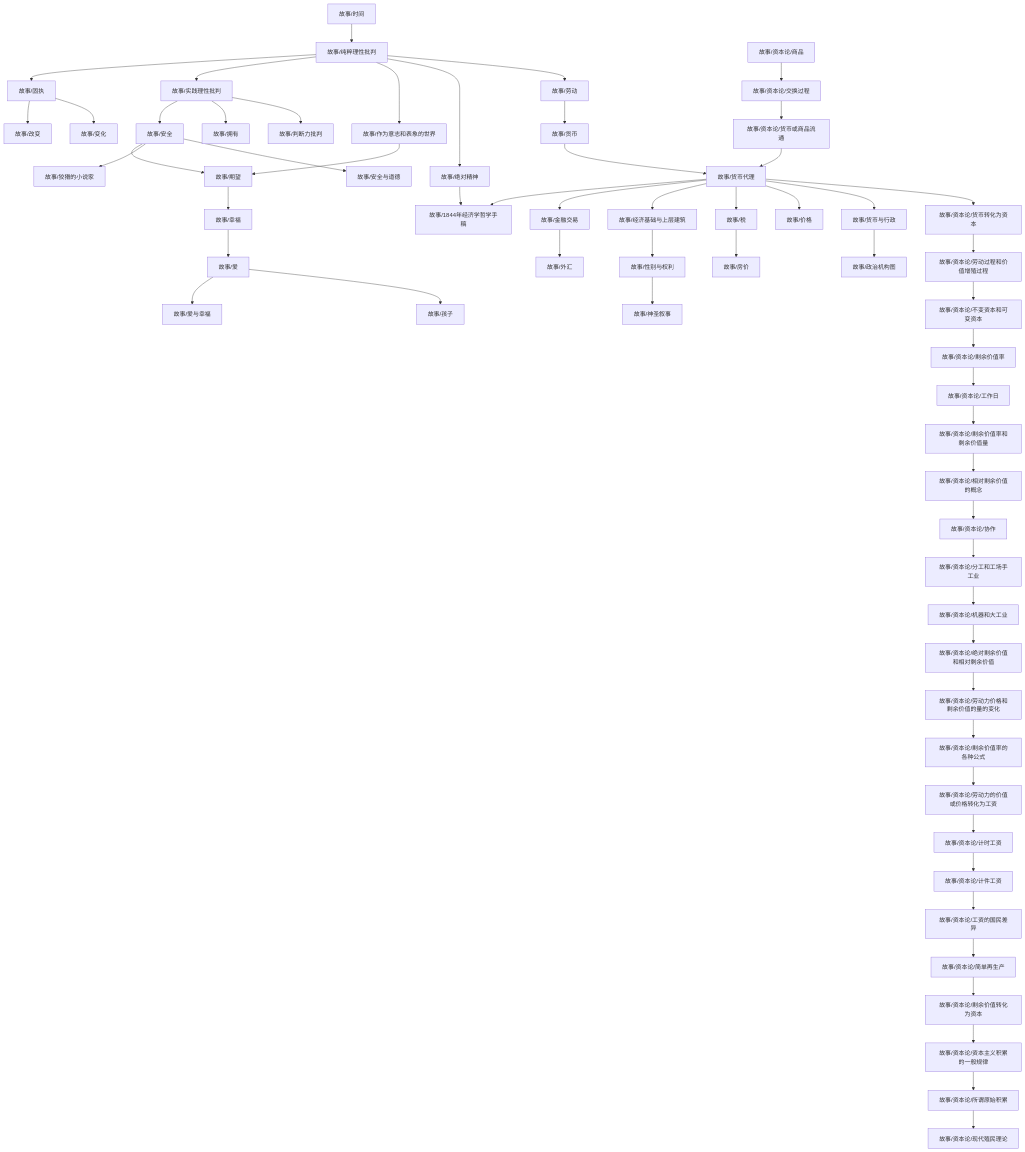
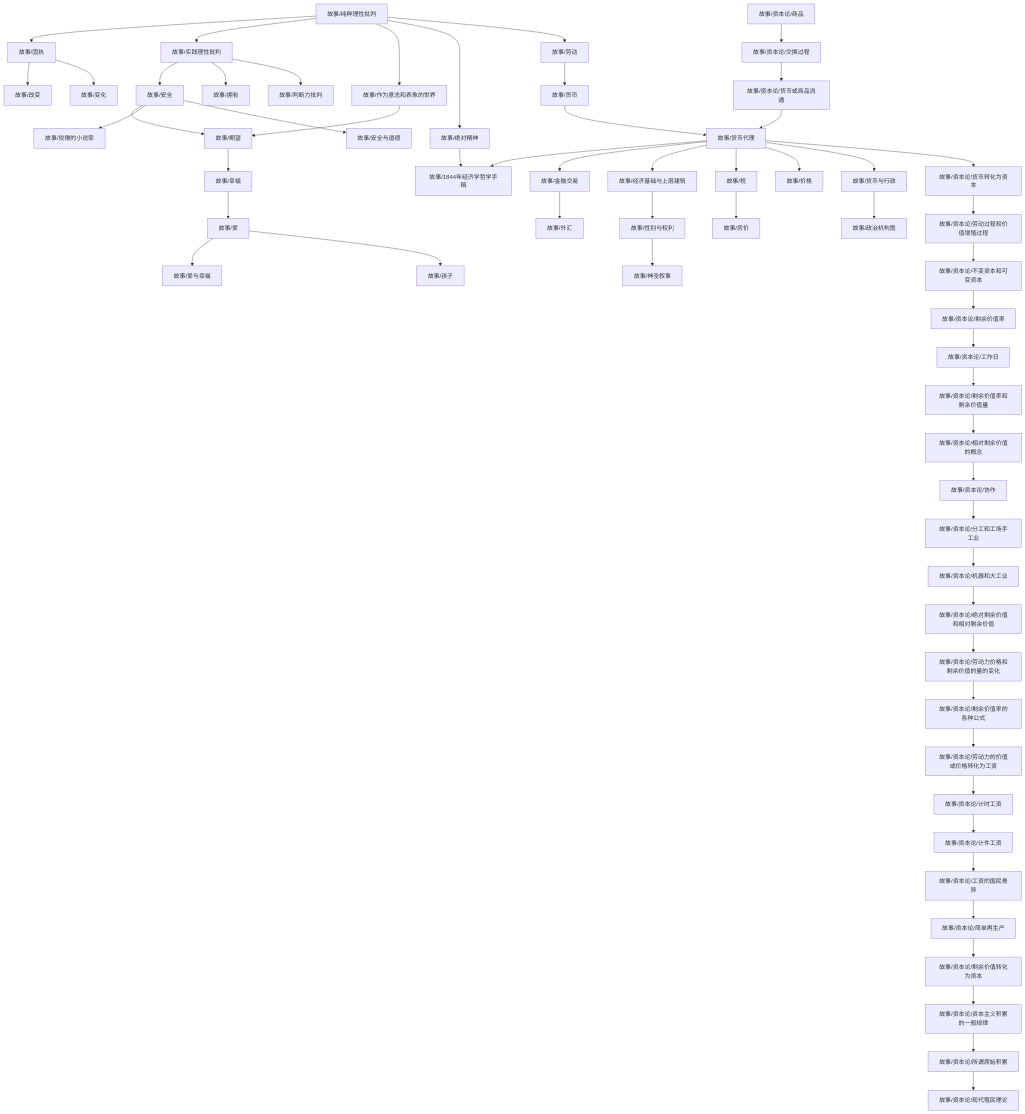
The diagram in content/故事/dependency_graph.md (zengls3186428803/zengls3186428803.github.io), drawn with Mermaid before and after one commit. The commit also changed 10 other files, not shown here.

````diff
--- a/content/故事/dependency_graph.md
+++ b/content/故事/dependency_graph.md
@@ -1,61 +1,60 @@
 ```mermaid
 graph TD
 1["故事/纯粹理性批判"] --> 0["故事/固执"]
 3["故事/经济基础与上层建筑"] --> 2["故事/性别与权利"]
 0["故事/固执"] --> 4["故事/改变"]
 6["故事/货币代理"] --> 5["故事/1844年经济学哲学手稿"]
 7["故事/绝对精神"] --> 5["故事/1844年经济学哲学手稿"]
 6["故事/货币代理"] --> 8["故事/金融交易"]
 10["故事/作为意志和表象的世界"] --> 9["故事/期望"]
 11["故事/安全"] --> 9["故事/期望"]
 11["故事/安全"] --> 12["故事/狡猾的小说家"]
 1["故事/纯粹理性批判"] --> 13["故事/实践理性批判"]
-14["故事/时间"] --> 1["故事/纯粹理性批判"]
 13["故事/实践理性批判"] --> 11["故事/安全"]
 6["故事/货币代理"] --> 3["故事/经济基础与上层建筑"]
-8["故事/金融交易"] --> 15["故事/外汇"]
-13["故事/实践理性批判"] --> 16["故事/拥有"]
-6["故事/货币代理"] --> 17["故事/税"]
-17["故事/税"] --> 18["故事/房价"]
-20["故事/货币与行政"] --> 19["故事/政治机构图"]
-0["故事/固执"] --> 21["故事/变化"]
-23["故事/幸福"] --> 22["故事/爱"]
-6["故事/货币代理"] --> 24["故事/价格"]
-25["故事/货币"] --> 6["故事/货币代理"]
-26["故事/资本论/货币或商品流通"] --> 6["故事/货币代理"]
+8["故事/金融交易"] --> 14["故事/外汇"]
+13["故事/实践理性批判"] --> 15["故事/拥有"]
+6["故事/货币代理"] --> 16["故事/税"]
+16["故事/税"] --> 17["故事/房价"]
+19["故事/货币与行政"] --> 18["故事/政治机构图"]
+0["故事/固执"] --> 20["故事/变化"]
+22["故事/幸福"] --> 21["故事/爱"]
+6["故事/货币代理"] --> 23["故事/价格"]
+24["故事/货币"] --> 6["故事/货币代理"]
+25["故事/资本论/货币或商品流通"] --> 6["故事/货币代理"]
 1["故事/纯粹理性批判"] --> 10["故事/作为意志和表象的世界"]
 1["故事/纯粹理性批判"] --> 7["故事/绝对精神"]
-6["故事/货币代理"] --> 20["故事/货币与行政"]
-11["故事/安全"] --> 28["故事/安全与道德"]
-2["故事/性别与权利"] --> 29["故事/神圣叙事"]
-22["故事/爱"] --> 30["故事/爱与幸福"]
-31["故事/劳动"] --> 25["故事/货币"]
-22["故事/爱"] --> 32["故事/孩子"]
-1["故事/纯粹理性批判"] --> 31["故事/劳动"]
-13["故事/实践理性批判"] --> 33["故事/判断力批判"]
-9["故事/期望"] --> 23["故事/幸福"]
-35["故事/资本论/不变资本和可变资本"] --> 34["故事/资本论/剩余价值率"]
-37["故事/资本论/所谓原始积累"] --> 36["故事/资本论/现代殖民理论"]
-38["故事/资本论/交换过程"] --> 26["故事/资本论/货币或商品流通"]
-40["故事/资本论/剩余价值转化为资本"] --> 39["故事/资本论/资本主义积累的一般规律"]
-42["故事/资本论/劳动力的价值或价格转化为工资"] --> 41["故事/资本论/计时工资"]
-44["故事/资本论/机器和大工业"] --> 43["故事/资本论/绝对剩余价值和相对剩余价值"]
-46["故事/资本论/货币转化为资本"] --> 45["故事/资本论/劳动过程和价值增殖过程"]
-45["故事/资本论/劳动过程和价值增殖过程"] --> 35["故事/资本论/不变资本和可变资本"]
-48["故事/资本论/相对剩余价值的概念"] --> 47["故事/资本论/协作"]
-39["故事/资本论/资本主义积累的一般规律"] --> 37["故事/资本论/所谓原始积累"]
-49["故事/资本论/分工和工场手工业"] --> 44["故事/资本论/机器和大工业"]
-6["故事/货币代理"] --> 46["故事/资本论/货币转化为资本"]
-50["故事/资本论/商品"] --> 38["故事/资本论/交换过程"]
-52["故事/资本论/工资的国民差异"] --> 51["故事/资本论/简单再生产"]
-41["故事/资本论/计时工资"] --> 53["故事/资本论/计件工资"]
-43["故事/资本论/绝对剩余价值和相对剩余价值"] --> 54["故事/资本论/劳动力价格和剩余价值的量的变化"]
-51["故事/资本论/简单再生产"] --> 40["故事/资本论/剩余价值转化为资本"]
-53["故事/资本论/计件工资"] --> 52["故事/资本论/工资的国民差异"]
-47["故事/资本论/协作"] --> 49["故事/资本论/分工和工场手工业"]
-55["故事/资本论/剩余价值率的各种公式"] --> 42["故事/资本论/劳动力的价值或价格转化为工资"]
-57["故事/资本论/工作日"] --> 56["故事/资本论/剩余价值率和剩余价值量"]
-54["故事/资本论/劳动力价格和剩余价值的量的变化"] --> 55["故事/资本论/剩余价值率的各种公式"]
-56["故事/资本论/剩余价值率和剩余价值量"] --> 48["故事/资本论/相对剩余价值的概念"]
-34["故事/资本论/剩余价值率"] --> 57["故事/资本论/工作日"]
+6["故事/货币代理"] --> 19["故事/货币与行政"]
+11["故事/安全"] --> 27["故事/安全与道德"]
+2["故事/性别与权利"] --> 28["故事/神圣叙事"]
+21["故事/爱"] --> 29["故事/爱与幸福"]
+30["故事/劳动"] --> 24["故事/货币"]
+21["故事/爱"] --> 31["故事/孩子"]
+1["故事/纯粹理性批判"] --> 30["故事/劳动"]
+13["故事/实践理性批判"] --> 32["故事/判断力批判"]
+9["故事/期望"] --> 22["故事/幸福"]
+34["故事/资本论/不变资本和可变资本"] --> 33["故事/资本论/剩余价值率"]
+36["故事/资本论/所谓原始积累"] --> 35["故事/资本论/现代殖民理论"]
+37["故事/资本论/交换过程"] --> 25["故事/资本论/货币或商品流通"]
+39["故事/资本论/剩余价值转化为资本"] --> 38["故事/资本论/资本主义积累的一般规律"]
+41["故事/资本论/劳动力的价值或价格转化为工资"] --> 40["故事/资本论/计时工资"]
+43["故事/资本论/机器和大工业"] --> 42["故事/资本论/绝对剩余价值和相对剩余价值"]
+45["故事/资本论/货币转化为资本"] --> 44["故事/资本论/劳动过程和价值增殖过程"]
+44["故事/资本论/劳动过程和价值增殖过程"] --> 34["故事/资本论/不变资本和可变资本"]
+47["故事/资本论/相对剩余价值的概念"] --> 46["故事/资本论/协作"]
+38["故事/资本论/资本主义积累的一般规律"] --> 36["故事/资本论/所谓原始积累"]
+48["故事/资本论/分工和工场手工业"] --> 43["故事/资本论/机器和大工业"]
+6["故事/货币代理"] --> 45["故事/资本论/货币转化为资本"]
+49["故事/资本论/商品"] --> 37["故事/资本论/交换过程"]
+51["故事/资本论/工资的国民差异"] --> 50["故事/资本论/简单再生产"]
+40["故事/资本论/计时工资"] --> 52["故事/资本论/计件工资"]
+42["故事/资本论/绝对剩余价值和相对剩余价值"] --> 53["故事/资本论/劳动力价格和剩余价值的量的变化"]
+50["故事/资本论/简单再生产"] --> 39["故事/资本论/剩余价值转化为资本"]
+52["故事/资本论/计件工资"] --> 51["故事/资本论/工资的国民差异"]
+46["故事/资本论/协作"] --> 48["故事/资本论/分工和工场手工业"]
+54["故事/资本论/剩余价值率的各种公式"] --> 41["故事/资本论/劳动力的价值或价格转化为工资"]
+56["故事/资本论/工作日"] --> 55["故事/资本论/剩余价值率和剩余价值量"]
+53["故事/资本论/劳动力价格和剩余价值的量的变化"] --> 54["故事/资本论/剩余价值率的各种公式"]
+55["故事/资本论/剩余价值率和剩余价值量"] --> 47["故事/资本论/相对剩余价值的概念"]
+33["故事/资本论/剩余价值率"] --> 56["故事/资本论/工作日"]
 ```
````
